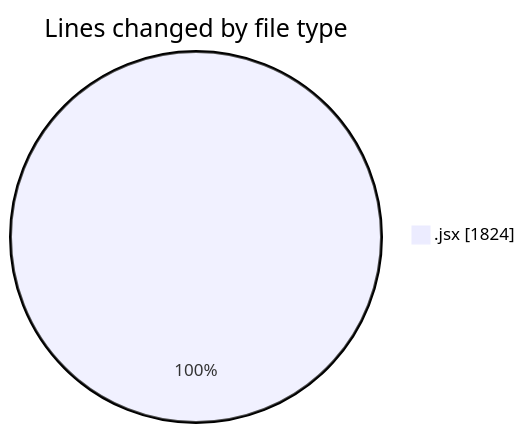
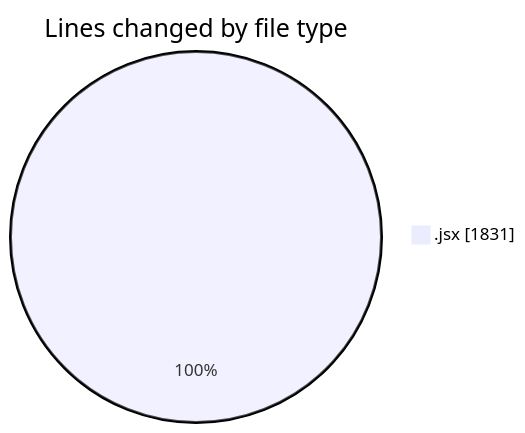
The first of 2 diagrams in 2025-05-07/nxtqube_webapp/README.md (nxtqubesakshisongat/code-tracking), drawn with Mermaid before and after one commit. The commit also changed other lines of this file and 1 other file, not shown here.

````diff
--- a/2025-05-07/nxtqube_webapp/README.md
+++ b/2025-05-07/nxtqube_webapp/README.md
@@ -20,5 +20,5 @@
 ```mermaid
 pie showData
 title Lines changed by file type
-".jsx" : 1824
+".jsx" : 1831
 ```
````
